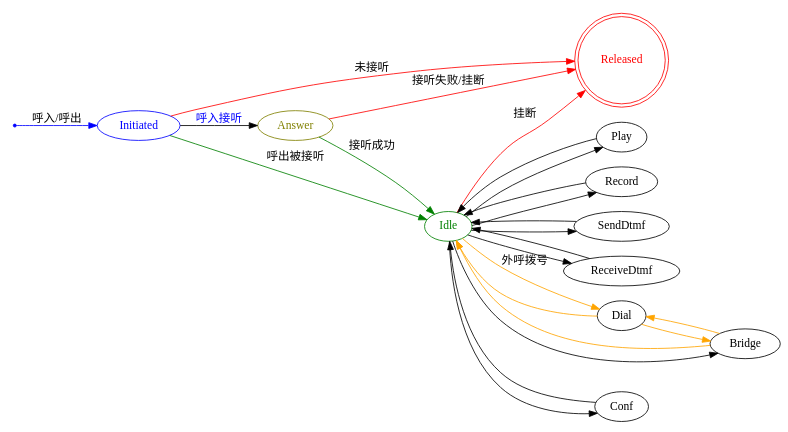
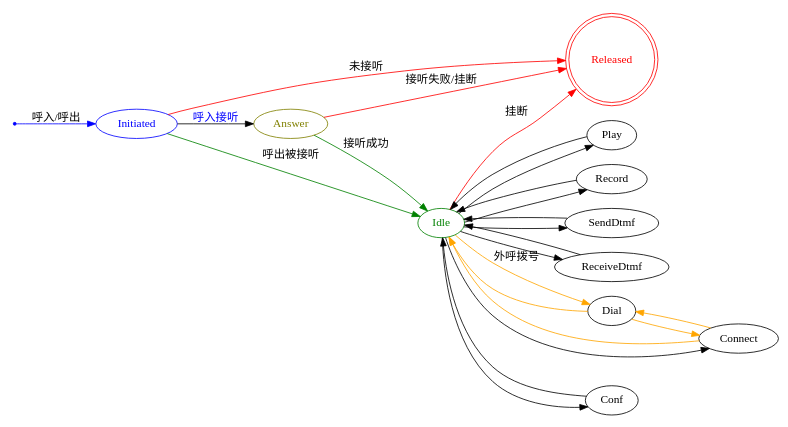
Before and after one commit to tanbro/ipsc-ccf: the diagram in docs/api-spec/call.rst, drawn with Graphviz. The commit also changed other lines of this file and 6 other files, not shown here.

```diff
--- a/docs/api-spec/call.rst
+++ b/docs/api-spec/call.rst
@@ -22,43 +22,43 @@
 .. graphviz::
 
   digraph CallResourceState {
 
     size="8,8";
     rankdir="LR";
 
     Start [shape=point, color=blue, fontcolor=blue];
     Initiated [color=blue, fontcolor=blue];
     Answer [color=olive, fontcolor=olive];
     Idle [color=green, fontcolor=green];
     Released [shape=doublecircle, color=red, fontcolor=red];
 
     Start -> Initiated[label="呼入/呼出", color=blue];
     Initiated -> Released [label="未接听", color=red];
     Initiated -> Answer[label="呼入接听", fontcolor=blue];
     Initiated -> Idle [label="呼出被接听", color=green];
     Answer -> Idle [label="接听成功", color=green];
     Answer -> Released [label="接听失败/挂断", color=red];
     Idle -> Released [label="挂断", color=red];
 
     Idle -> Play;
     Play -> Idle;
 
     Idle -> Record;
     Record -> Idle;
 
     Idle -> SendDtmf;
     SendDtmf -> Idle;
 
     Idle -> ReceiveDtmf;
     ReceiveDtmf -> Idle;
 
     Idle -> Dial [label="外呼拨号", color=orange];
     Dial -> Idle [color=orange];
-    Dial -> Bridge [color=orange];
-    Bridge -> Dial [color=orange];
-    Bridge -> Idle [color=orange];
-    Idle -> Bridge;
+    Dial -> Connect [color=orange];
+    Connect -> Dial [color=orange];
+    Connect -> Idle [color=orange];
+    Idle -> Connect;
 
     Idle -> Conf;
     Conf -> Idle;
   }
```
